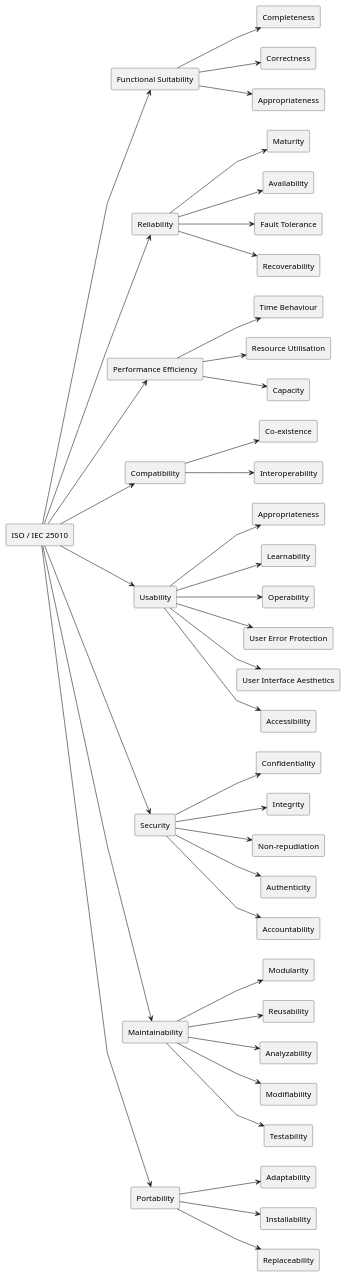
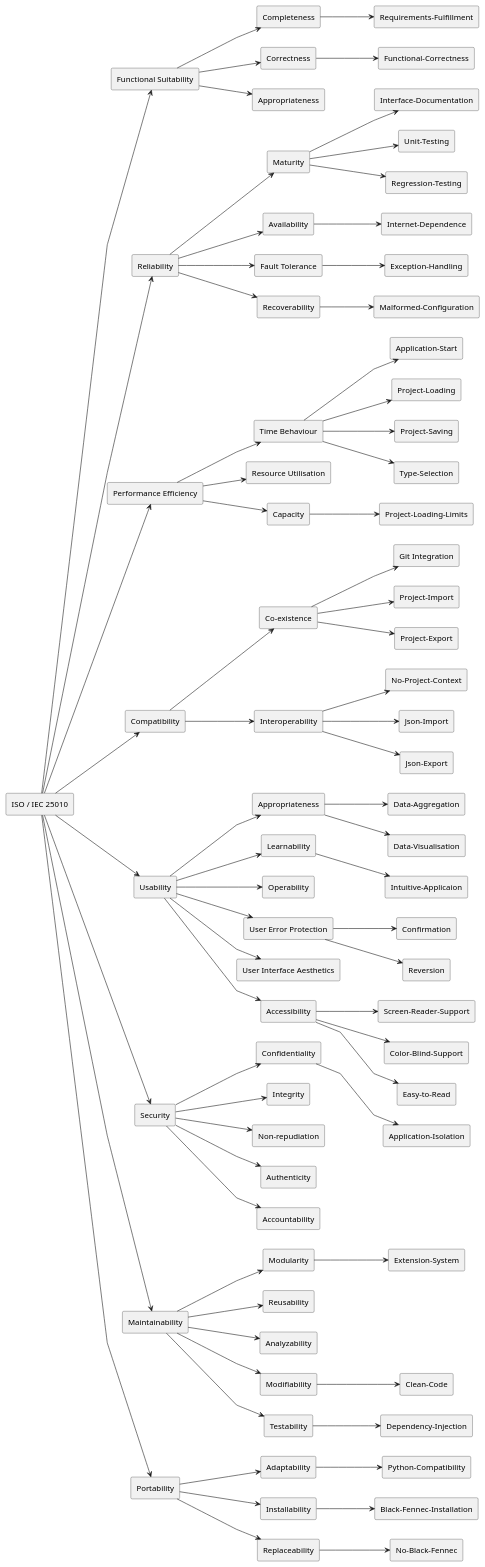
Before and after one commit to blackfennec-org/blackfennec: the diagram in docs/source/requirements_engineering/non_functional_overview.puml, drawn with PlantUML. The commit also changed 1 other file, not shown here.

```diff
--- a/docs/source/requirements_engineering/non_functional_overview.puml
+++ b/docs/source/requirements_engineering/non_functional_overview.puml
@@ -2,107 +2,197 @@
 @startuml
 left to right direction
 skinparam monochrome true
 skinparam defaultTextAlignment center
 skinparam linetype polyline
 
 ' Root node
 agent "ISO / IEC 25010" as root
 
 ' Sub goals
 agent "Functional Suitability" as funcSuit
 agent "Reliability" as reli
 agent "Performance Efficiency" as perfEff
 agent "Compatibility" as compat
 agent "Usability" as usa
 agent "Security" as sec
 agent "Maintainability" as maintain
 agent "Portability" as port
 
 root --> funcSuit
 root --> reli
 root --> perfEff
 root --> compat
 root --> usa
 root --> sec
 root --> maintain
 root --> port
 
+
 agent "Completeness" as complet
+funcSuit --> complet
+    agent "Requirements-Fulfillment" as reqFul
+    complet --> reqFul
+
 agent "Correctness" as corr
+funcSuit --> corr
+    agent "Functional-Correctness" as funcCorr
+    corr --> funcCorr
+
 agent "Appropriateness" as approp
-
-funcSuit --> complet
-funcSuit --> corr
 funcSuit --> approp
 
+
 agent "Maturity" as maturity
+reli --> maturity
+    agent "Interface-Documentation" as intDoc
+    maturity --> intDoc
+    agent "Unit-Testing" as unitTest
+    maturity --> unitTest
+    agent "Regression-Testing" as regTest
+    maturity --> regTest
+
 agent "Availability" as avail
+reli --> avail
+    agent "Internet-Dependence" as intDep
+    avail --> intDep
+
 agent "Fault Tolerance" as faultTol
+reli --> faultTol
+    agent "Exception-Handling" as excHand
+    faultTol --> excHand
+
 agent "Recoverability" as recover
+reli --> recover
+    agent "Malformed-Configuration" as malConf
+    recover --> malConf
 
-reli --> maturity
-reli --> avail
-reli --> faultTol
-reli --> recover
 
 agent "Time Behaviour" as timeBehave
+perfEff --> timeBehave
+    agent "Application-Start" as appStart
+    timeBehave --> appStart
+    agent "Project-Loading" as projLoad
+    timeBehave --> projLoad
+    agent "Project-Saving" as projSave
+    timeBehave --> projSave
+    agent "Type-Selection" as typeSel
+    timeBehave --> typeSel
+
 agent "Resource Utilisation" as resUtil
+perfEff --> resUtil
+
 agent "Capacity" as capacity
+perfEff --> capacity
+    agent "Project-Loading-Limits" as projLoadLimit
+    capacity --> projLoadLimit
 
-perfEff --> timeBehave
-perfEff --> resUtil
-perfEff --> capacity
 
 agent "Co-existence" as coexist
+compat --> coexist
+    agent "Git Integration" as gitInt
+    coexist --> gitInt
+    agent "Project-Import" as projImport
+    coexist --> projImport
+    agent "Project-Export" as projExport
+    coexist --> projExport
+
 agent "Interoperability" as interoper
+compat --> interoper
+    agent "No-Project-Context" as projContext
+    interoper -->projContext
+    agent "Json-Import" as jsonImport
+    agent "Json-Export" as jsonExport
+    interoper --> jsonImport
+    interoper --> jsonExport
 
-compat --> coexist
-compat --> interoper
 
 agent "Appropriateness" as usaApprop
+usa --> usaApprop
+    agent "Data-Aggregation" as dataAgg
+    usaApprop --> dataAgg
+    agent "Data-Visualisation" as dataVis
+    usaApprop --> dataVis
+
 agent "Learnability" as learn
+usa --> learn
+    agent "Intuitive-Applicaion" as intApp
+    learn --> intApp
+
 agent "Operability" as oper
+usa --> oper
+
 agent "User Error Protection" as userErr
+usa --> userErr
+    agent "Confirmation" as confirm
+    userErr --> confirm
+    agent "Reversion" as reverse
+    userErr --> reverse
+
 agent "User Interface Aesthetics" as userInt
+usa --> userInt
+
 agent "Accessibility" as access
+usa --> access
+    agent "Screen-Reader-Support" as scrnReadr
+    access --> scrnReadr
+    agent "Color-Blind-Support" as clrBlnd
+    access --> clrBlnd
+    agent "Easy-to-Read" as readable
+    access --> readable
 
-usa --> usaApprop
-usa --> learn
-usa --> oper
-usa --> userErr
-usa --> userInt
-usa --> access
 
 agent "Confidentiality" as conf
+sec --> conf
+    agent "Application-Isolation" as sandbox
+    conf --> sandbox
+
 agent "Integrity" as integ
+sec --> integ
+
 agent "Non-repudiation" as nonRep
+sec --> nonRep
+
 agent "Authenticity" as authentic
+sec --> authentic
+
 agent "Accountability" as accountab
-
-sec --> conf
-sec --> integ
-sec --> nonRep
-sec --> authentic
 sec --> accountab
 
+
 agent "Modularity" as modul
+maintain --> modul
+    agent "Extension-System" as extSys
+    modul --> extSys
+
 agent "Reusability" as reuse
+maintain --> reuse
+
 agent "Analyzability" as analyze
+maintain --> analyze
+
 agent "Modifiability" as modify
+maintain --> modify
+    agent "Clean-Code" as clean
+    modify --> clean
+
 agent "Testability" as test
-
-maintain --> modul
-maintain --> reuse
-maintain --> analyze
-maintain --> modify
 maintain --> test
+    agent "Dependency-Injection" as depInj
+    test --> depInj
 
 agent "Adaptability" as adapt
+port --> adapt
+    agent "Python-Compatibility" as pyComp
+    adapt --> pyComp
+
 agent "Installability" as install
+port --> install
+    agent "Black-Fennec-Installation" as blkFncInst
+    install --> blkFncInst
+
 agent "Replaceability" as replace
-
-port --> adapt
-port --> install
 port --> replace
+    agent "No-Black-Fennec" as noBlkFnc
+    replace --> noBlkFnc
 
 @enduml
```
